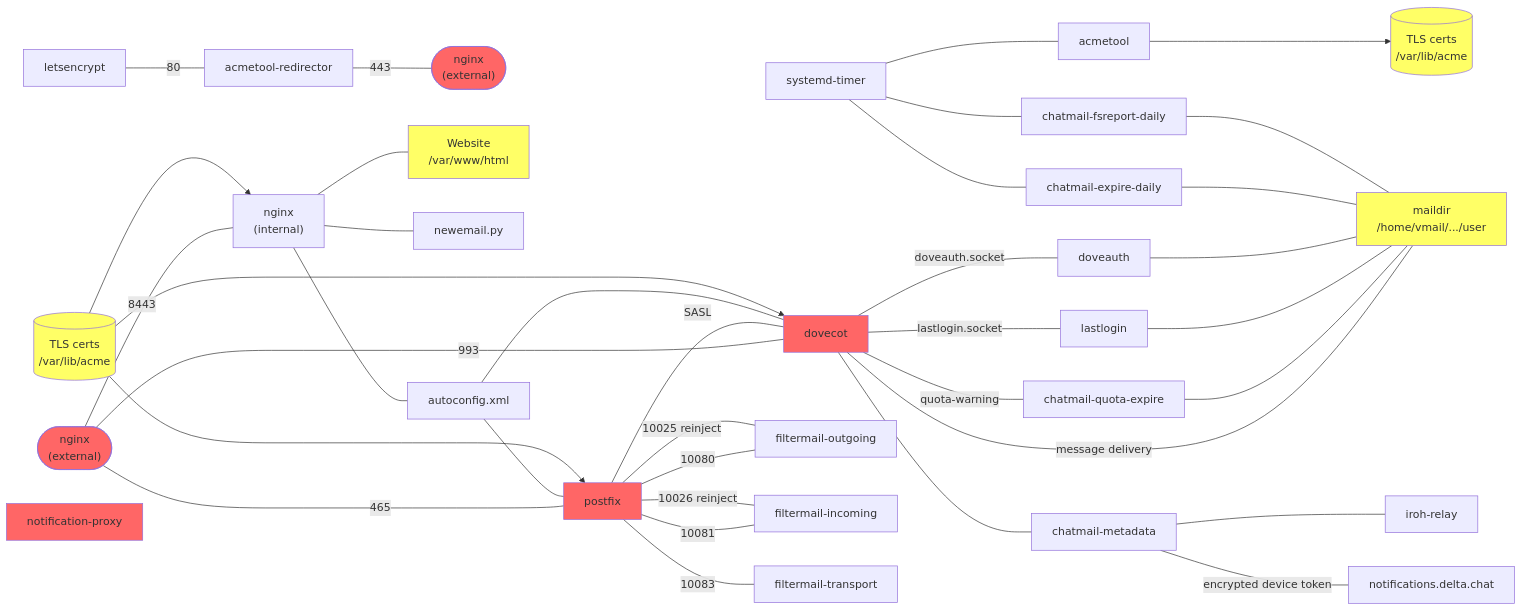
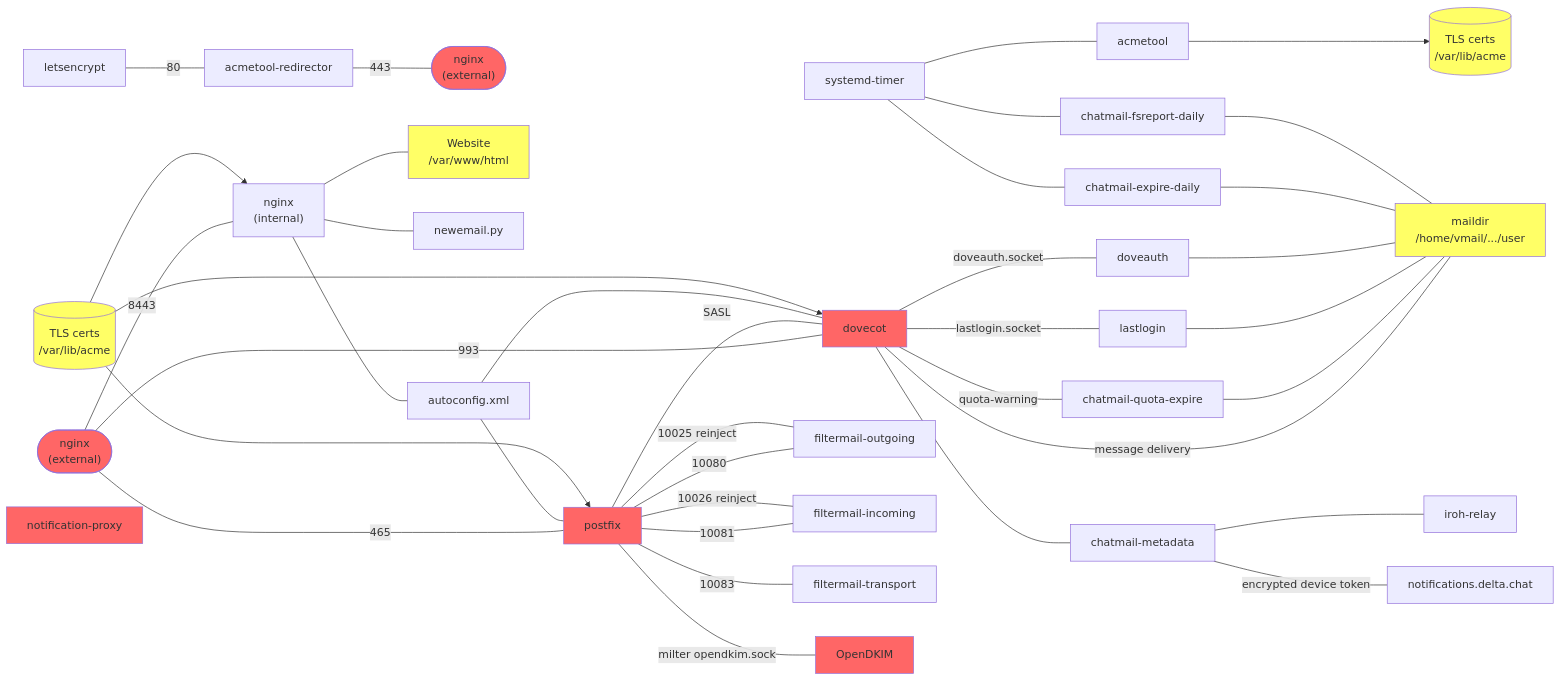
One commit to chatmail/relay changed the first of 2 diagrams in doc/source/overview.rst. Above: the diagram before and after it, drawn with Mermaid. The commit also changed other lines of this file, not shown here.

First line of the commit message:
docs: Update overview diagrams

```diff
--- a/doc/source/overview.rst
+++ b/doc/source/overview.rst
@@ -128,55 +128,57 @@
 .. mermaid::
    :caption: This diagram shows relay components and dependencies/communication paths.
 
     graph LR;
         letsencrypt --- |80|acmetool-redirector;
         acmetool-redirector --- |443|nginx-right(["`nginx
         (external)`"]);
         nginx-external --- |465|postfix;
         nginx-external(["`nginx
         (external)`"]) --- |8443|nginx-internal["`nginx
         (internal)`"];
         nginx-internal --- website["`Website
         /var/www/html`"];
         nginx-internal --- newemail.py;
         nginx-internal --- autoconfig.xml;
         certs-nginx[("`TLS certs
         /var/lib/acme`")] --> nginx-internal;
         systemd-timer --- acmetool;
         systemd-timer --- chatmail-expire-daily;
         systemd-timer --- chatmail-fsreport-daily;
         acmetool --> certs[("`TLS certs
         /var/lib/acme`")];
         nginx-external --- |993|dovecot;
         postfix --- |SASL|dovecot;
         autoconfig.xml --- postfix;
         autoconfig.xml --- dovecot;
         postfix --- |10080|filtermail-outgoing;
         postfix --- |10081|filtermail-incoming;
         postfix --- |10083|filtermail-transport;
         filtermail-outgoing --- |10025 reinject|postfix;
         filtermail-incoming --- |10026 reinject|postfix;
+        postfix --- |milter opendkim.sock|OpenDKIM
         dovecot --- |doveauth.socket|doveauth;
         dovecot --- |message delivery|maildir["maildir
         /home/vmail/.../user"];
         dovecot --- |lastlogin.socket|lastlogin;
         dovecot --- chatmail-metadata;
         dovecot --- |quota-warning|chatmail-quota-expire;
         chatmail-quota-expire --- maildir;
         lastlogin --- maildir;
         doveauth --- maildir;
         chatmail-expire-daily --- maildir;
         chatmail-fsreport-daily --- maildir;
         chatmail-metadata --- iroh-relay;
         chatmail-metadata --- |encrypted device token| notifications.delta.chat;
         certs-nginx --> postfix;
         certs-nginx --> dovecot;
         style certs fill:#ff6;
         style website fill:#ff6;
         style maildir fill:#ff6;
         style certs-nginx fill:#ff6;
         style nginx-external fill:#f66;
         style nginx-right fill:#f66;
         style postfix fill:#f66;
         style dovecot fill:#f66;
+        style OpenDKIM fill:#f66;
         style notification-proxy fill:#f66;
```
